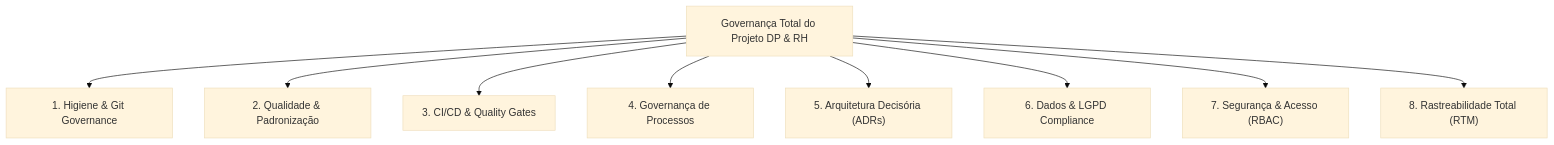
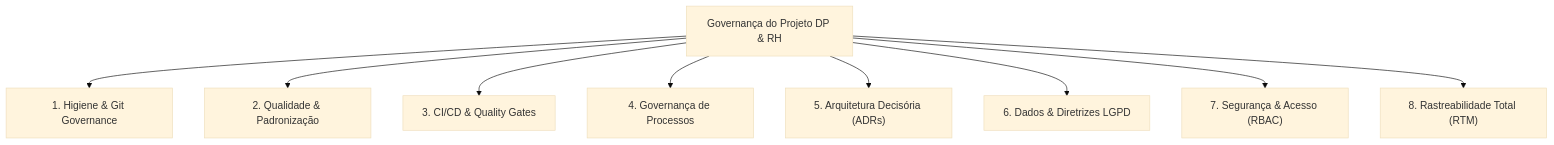
Before and after one commit to vikleve/RH: the diagram in docs/governanca/MANUAL_DE_GOVERNANCA_TI.md, drawn with Mermaid (base theme). The commit also changed other lines of this file and 36 other files, not shown here.

````diff
--- a/docs/governanca/MANUAL_DE_GOVERNANCA_TI.md
+++ b/docs/governanca/MANUAL_DE_GOVERNANCA_TI.md
@@ -17,11 +17,11 @@
 ```mermaid
 flowchart TD
-    A["Governança Total do Projeto DP & RH"] --> B["1. Higiene & Git Governance"]
+    A["Governança do Projeto DP & RH"] --> B["1. Higiene & Git Governance"]
     A --> C["2. Qualidade & Padronização"]
     A --> D["3. CI/CD & Quality Gates"]
     A --> E["4. Governança de Processos"]
     A --> F["5. Arquitetura Decisória (ADRs)"]
-    A --> G["6. Dados & LGPD Compliance"]
+    A --> G["6. Dados & Diretrizes LGPD"]
     A --> H["7. Segurança & Acesso (RBAC)"]
     A --> I["8. Rastreabilidade Total (RTM)"]
 ```
````
